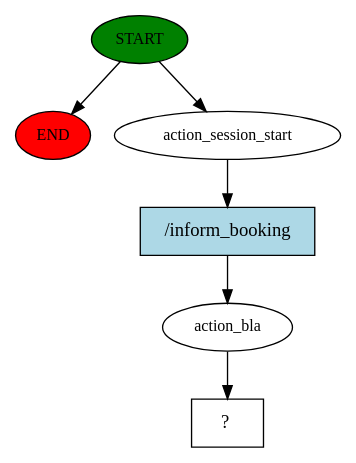
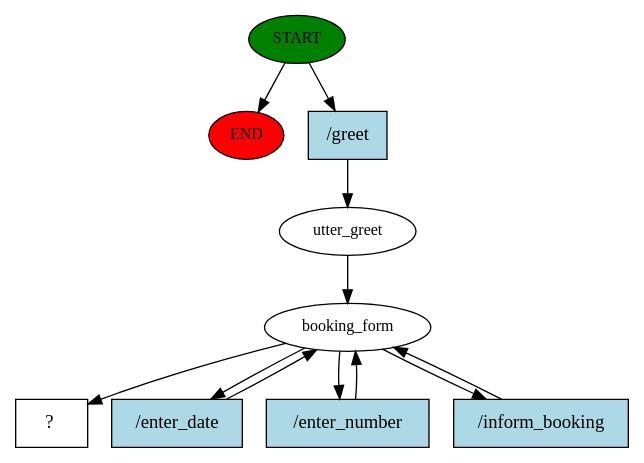
One commit to nbfr-ui/rasa-chatbot changed the diagram in story_graph.dot. Above: the diagram before and after it, drawn with Graphviz. The commit also changed 5 other files, not shown here.

```diff
--- a/story_graph.dot
+++ b/story_graph.dot
@@ -1,13 +1,22 @@
 digraph  {
 0 [class="start active", fillcolor=green, fontsize=12, label=START, style=filled];
 "-1" [class=end, fillcolor=red, fontsize=12, label=END, style=filled];
-1 [class=active, fontsize=12, label=action_session_start];
-2 [class=active, fontsize=12, label=action_bla];
-3 [class="intent dashed active", label="  ?  ", shape=rect];
-4 [class="intent active", fillcolor=lightblue, label="/inform_booking", shape=rect, style=filled];
+1 [class=active, fontsize=12, label=utter_greet];
+2 [class=active, fontsize=12, label=booking_form];
+6 [class="intent dashed active", label="  ?  ", shape=rect];
+7 [class="intent active", fillcolor=lightblue, label="/greet", shape=rect, style=filled];
+8 [class="intent active", fillcolor=lightblue, label="/enter_date", shape=rect, style=filled];
+9 [class="intent active", fillcolor=lightblue, label="/enter_number", shape=rect, style=filled];
+10 [class="intent active", fillcolor=lightblue, label="/inform_booking", shape=rect, style=filled];
 0 -> "-1"  [class="", key=NONE, label=""];
-0 -> 1  [class=active, key=NONE, label=""];
-1 -> 4  [class=active, key=0];
-2 -> 3  [class=active, key=NONE, label=""];
-4 -> 2  [class=active, key=0];
+0 -> 7  [class=active, key=0];
+1 -> 2  [class=active, key=NONE, label=""];
+2 -> 6  [class=active, key=NONE, label=""];
+2 -> 8  [class=active, key=0];
+2 -> 9  [class=active, key=0];
+2 -> 10  [class=active, key=0];
+7 -> 1  [class=active, key=0];
+8 -> 2  [class=active, key=0];
+9 -> 2  [class=active, key=0];
+10 -> 2  [class=active, key=0];
 }
```
